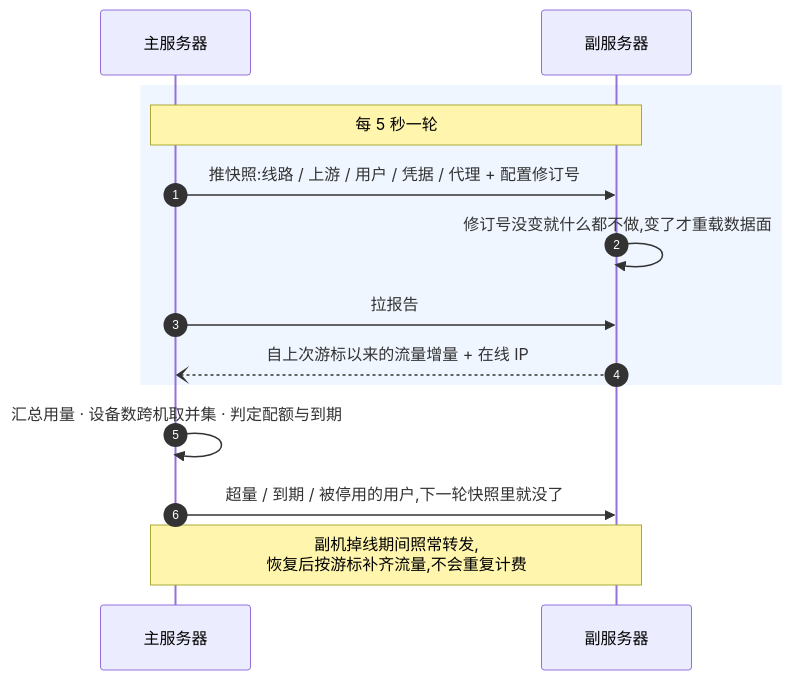
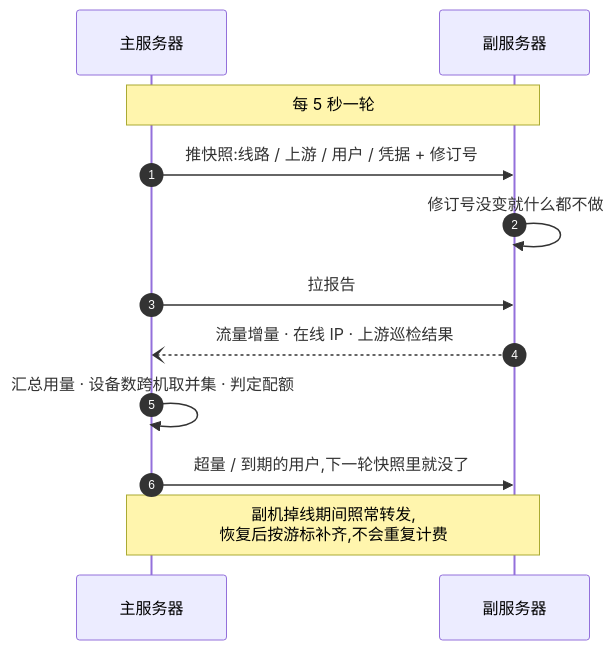
One commit to Maoyangui/m-ui changed the fourth of 5 diagrams in README.md. Above: the diagram before and after it, drawn with Mermaid. The commit also changed other lines of this file and 1 other file, not shown here.

Commit message:
README 架构图重画:五张图在 GitHub 上原来有两张会被压到 67% 和 82%,文字跟着缩小到看不清 —— 图一从三列横排改成分层,图二把干跑用的解析器和运行中的数据面合成一个 sing-box(本来就是同一个),现在五张全部在正文宽度内按原尺寸渲染。配色改成每个节点都显式给底色与字色(深底白字、浅底近黑字),不再依赖主题默认值,GitHub 明暗两种主题下都够对比;去掉顺序图里那块近白色的 rect,它在深色模式下就是白底白字。内容一并更新:副机报告里加上上游巡检结果,数据模型标出分配可细到某台服务器、代理有用户数上限,后台节奏补上每小时清理日志与按设置巡检上游

````diff
--- a/README.md
+++ b/README.md
@@ -174,17 +182,15 @@
 ```mermaid
 sequenceDiagram
   autonumber
   participant M as 主服务器
   participant N as 副服务器
 
-  rect rgb(239, 246, 255)
-    Note over M,N: 每 5 秒一轮
-    M->>N: 推快照:线路 / 上游 / 用户 / 凭据 / 代理 + 配置修订号
-    N->>N: 修订号没变就什么都不做,变了才重载数据面
-    M->>N: 拉报告
-    N--)M: 自上次游标以来的流量增量 + 在线 IP
-  end
-  M->>M: 汇总用量 · 设备数跨机取并集 · 判定配额与到期
-  M->>N: 超量 / 到期 / 被停用的用户,下一轮快照里就没了
-  Note over M,N: 副机掉线期间照常转发,<br/>恢复后按游标补齐流量,不会重复计费
+  Note over M,N: 每 5 秒一轮
+  M->>N: 推快照:线路 / 上游 / 用户 / 凭据 + 修订号
+  N->>N: 修订号没变就什么都不做
+  M->>N: 拉报告
+  N--)M: 流量增量 · 在线 IP · 上游巡检结果
+  M->>M: 汇总用量 · 设备数跨机取并集 · 判定配额
+  M->>N: 超量 / 到期的用户,下一轮快照里就没了
+  Note over M,N: 副机掉线期间照常转发,<br/>恢复后按游标补齐,不会重复计费
 ```
````
